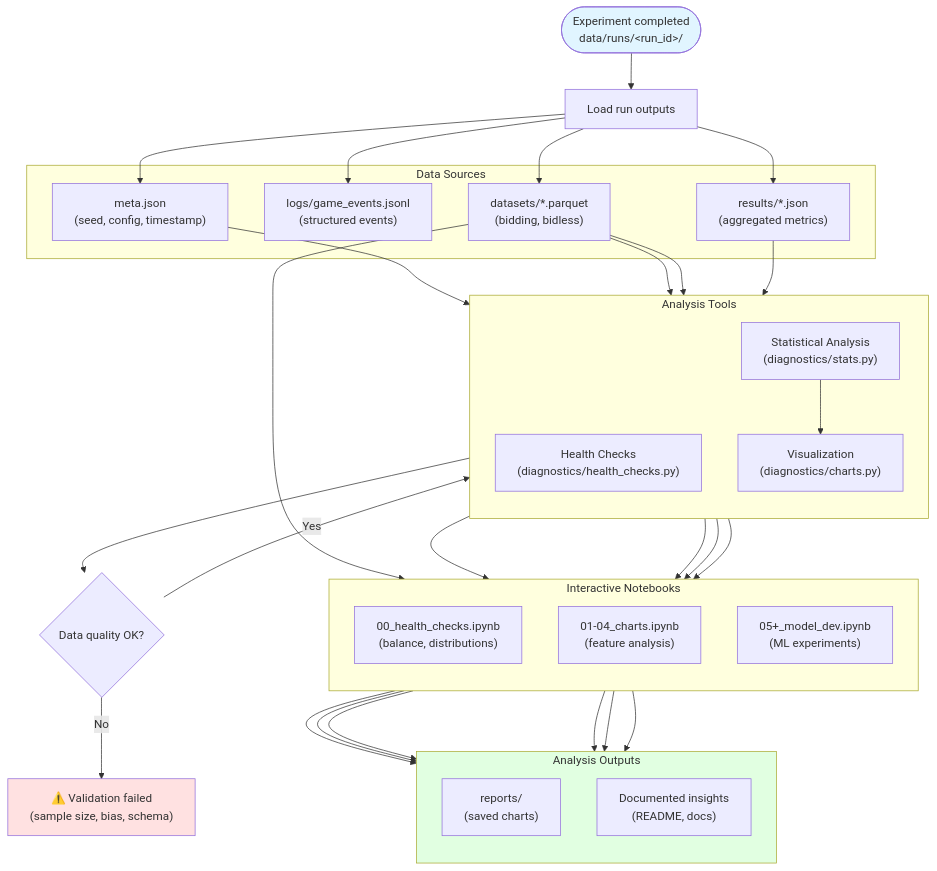
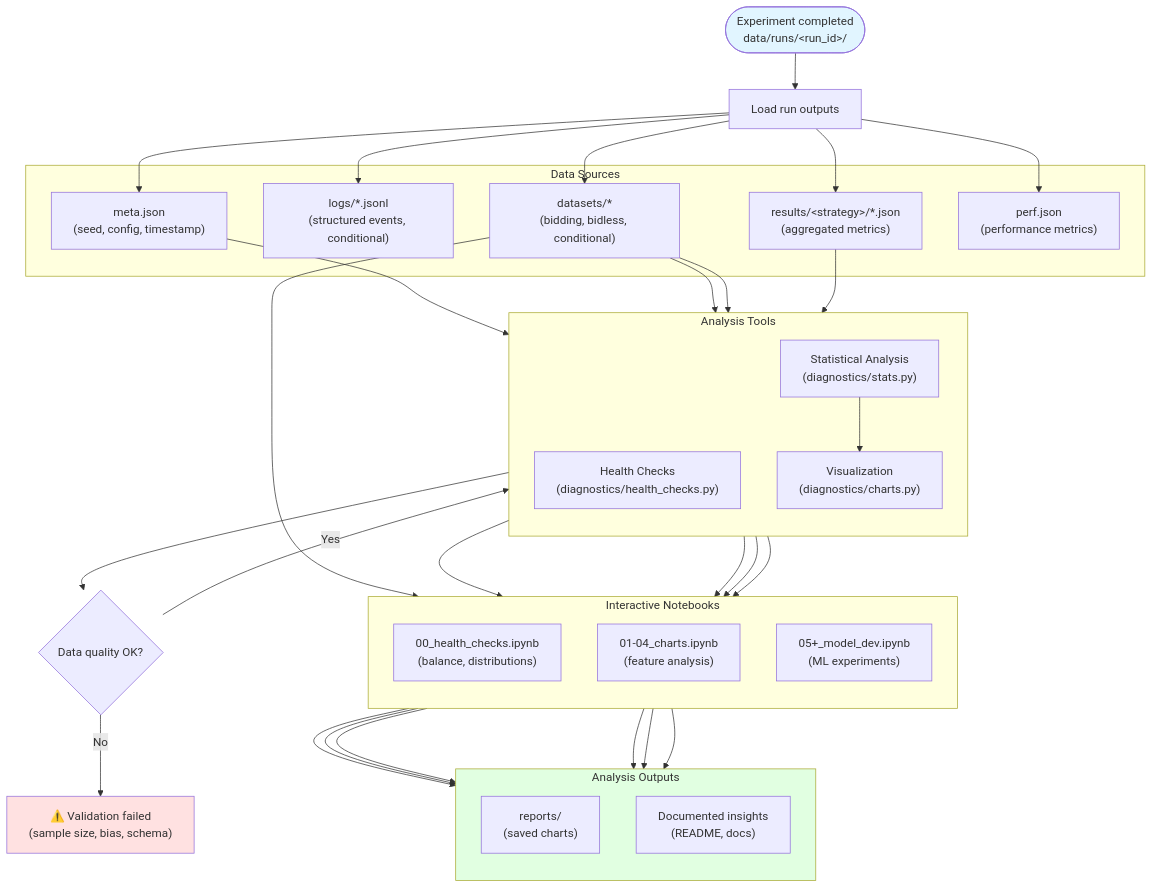
One commit to Questuart/Bid-Euchre changed the fifth of 8 diagrams in docs/FLOW_DIAGRAM.md. Above: the diagram before and after it, drawn with Mermaid. The commit also changed other lines of this file, not shown here.

First line of the commit message:
docs: align FLOW_DIAGRAM with current execution + artifacts

````diff
--- a/docs/FLOW_DIAGRAM.md
+++ b/docs/FLOW_DIAGRAM.md
@@ -265,70 +305,72 @@
 ```mermaid
 flowchart TD
     Start([Experiment completed<br/>data/runs/&lt;run_id&gt;/])
 
     Start --> LoadData["Load run outputs"]
 
     subgraph DataSources["Data Sources"]
         Meta["meta.json<br/>(seed, config, timestamp)"]
-        Logs["logs/game_events.jsonl<br/>(structured events)"]
-        Datasets["datasets/*.parquet<br/>(bidding, bidless)"]
-        Results["results/*.json<br/>(aggregated metrics)"]
+        Logs["logs/*.jsonl<br/>(structured events, conditional)"]
+        Datasets["datasets/*<br/>(bidding, bidless, conditional)"]
+        Results["results/&lt;strategy&gt;/*.json<br/>(aggregated metrics)"]
+        Perf["perf.json<br/>(performance metrics)"]
     end
 
     LoadData --> Meta
     LoadData --> Logs
     LoadData --> Datasets
     LoadData --> Results
+    LoadData --> Perf
 
     subgraph Analysis["Analysis Tools"]
         direction TB
 
         HealthChecks["Health Checks<br/>(diagnostics/health_checks.py)"]
         Stats["Statistical Analysis<br/>(diagnostics/stats.py)"]
         Charts["Visualization<br/>(diagnostics/charts.py)"]
     end
 
     Meta --> HealthChecks
     Datasets --> HealthChecks
 
     HealthChecks --> Validate{Data quality OK?}
     Validate -->|No| Alert["⚠️ Validation failed<br/>(sample size, bias, schema)"]
     Validate -->|Yes| Stats
 
     Datasets --> Stats
     Results --> Stats
 
     Stats --> Charts
 
     subgraph Notebooks["Interactive Notebooks"]
         direction TB
         Health["00_health_checks.ipynb<br/>(balance, distributions)"]
         Explore["01-04_charts.ipynb<br/>(feature analysis)"]
         Model["05+_model_dev.ipynb<br/>(ML experiments)"]
     end
 
     Charts --> Health
     Charts --> Explore
     Stats --> Health
     Stats --> Explore
 
     Datasets --> Model
 
     subgraph Outputs["Analysis Outputs"]
         direction TB
         ReportsOut["reports/<br/>(saved charts)"]
         Insights["Documented insights<br/>(README, docs)"]
     end
 
     Health --> ReportsOut
     Explore --> ReportsOut
     Model --> ReportsOut
 
     Health --> Insights
     Explore --> Insights
     Model --> Insights
 
     style Start fill:#e1f5ff
     style Alert fill:#ffe1e1
     style Outputs fill:#e1ffe1
 ```
````
